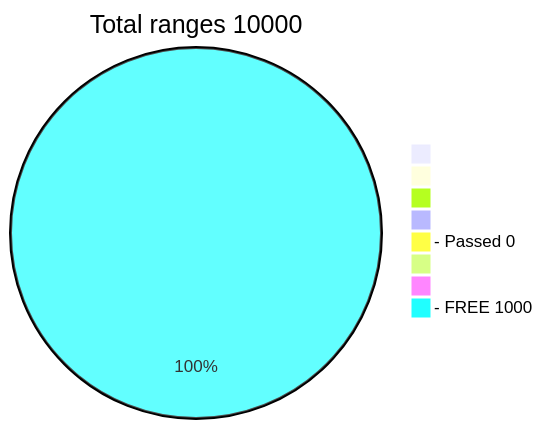
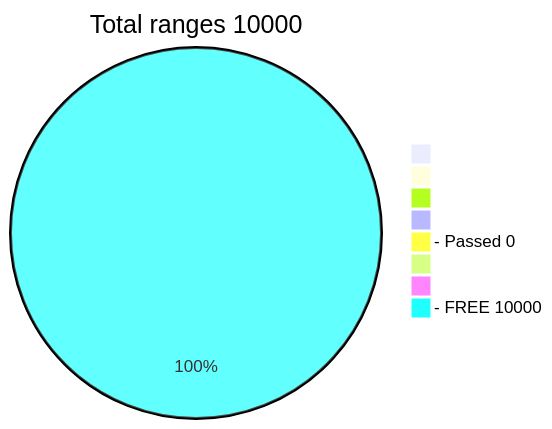
Before and after one commit to phrutis/Passphrases: the diagram in README.md, drawn with Mermaid. The commit also changed other lines of this file, not shown here.

````diff
--- a/README.md
+++ b/README.md
@@ -3,12 +4,12 @@
 ```mermaid
 pie title Total ranges 10000
              " " : 0
             "  " : 0
            "   " : 0
           "    " : 0
   "- Passed 0" : 0
          "     " : 0
   "            " : 0
-   "- FREE 1000" : 10000
+   "- FREE 10000" : 10000
    
 ```
````
